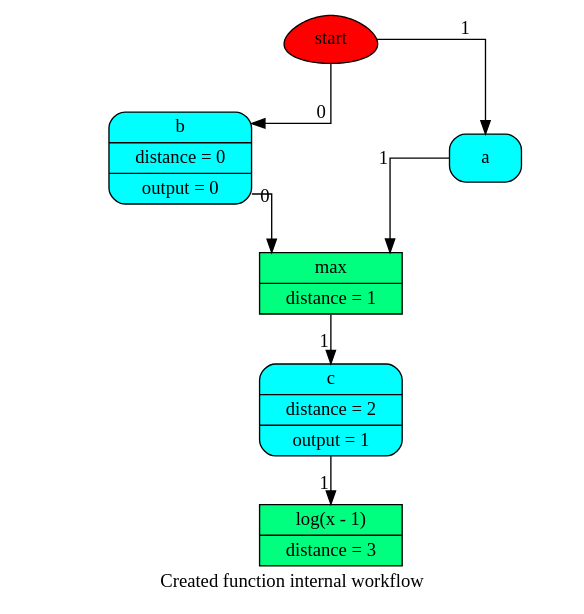
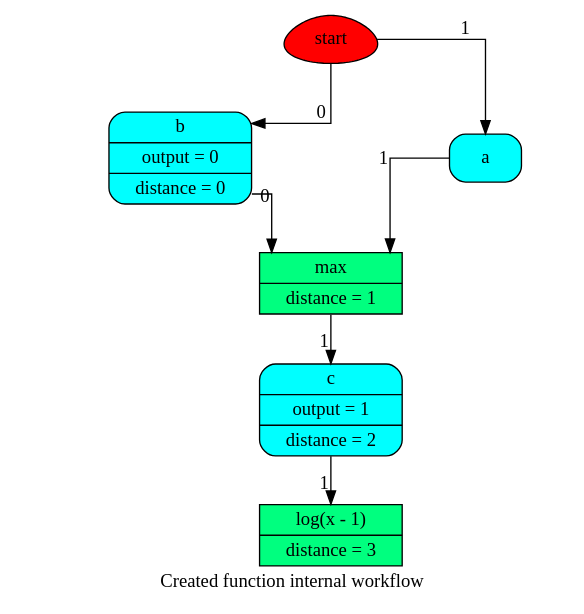
One commit to vinci1it2000/schedula changed the diagram in doc/source/dispatcher/utils/dsp/SubDispatchFunction_wf2.dot. Above: the diagram before and after it, drawn with Graphviz. The commit also changed 23 other files, not shown here.

```diff
--- a/doc/source/dispatcher/utils/dsp/SubDispatchFunction_wf2.dot
+++ b/doc/source/dispatcher/utils/dsp/SubDispatchFunction_wf2.dot
@@ -1,18 +1,18 @@
 digraph "Created function internal" {
 	graph [ratio=1]
 	node [style=filled]
 	splines = ortho
 	label = "Created function internal workflow"
-		"Created function internal_4373643456" [label=start fillcolor=red shape=egg]
-		"Created function internal_8642698689935103924" [label="{ c | distance = 2 | output = 1 }" fillcolor=cyan shape=Mrecord]
-		"Created function internal_2662523110159922325" [label="{ max | distance = 1 }" fillcolor=springgreen shape=record]
-		"Created function internal_4091537378154039687" [label="{ b | distance = 0 | output = 0 }" fillcolor=cyan shape=Mrecord]
-		"Created function internal_86944050218403370" [label="{ log(x - 1) | distance = 3 }" fillcolor=springgreen shape=record]
-		"Created function internal_-1841214044933314468" [label="{ a  }" fillcolor=cyan shape=Mrecord]
-			"Created function internal_4373643456" -> "Created function internal_-1841214044933314468" [xlabel=1]
-			"Created function internal_4373643456" -> "Created function internal_4091537378154039687" [xlabel=0]
-			"Created function internal_8642698689935103924" -> "Created function internal_86944050218403370" [xlabel=1]
-			"Created function internal_2662523110159922325" -> "Created function internal_8642698689935103924" [xlabel=1]
-			"Created function internal_4091537378154039687" -> "Created function internal_2662523110159922325" [xlabel=0]
-			"Created function internal_-1841214044933314468" -> "Created function internal_2662523110159922325" [xlabel=1]
+		"Created function internal_4372648248" [label=start fillcolor=red shape=egg]
+		"Created function internal_-5332545450788294608" [label="{ max | distance = 1 }" fillcolor=springgreen shape=record]
+		"Created function internal_-8069443800989944208" [label="{ c | output = 1 | distance = 2 }" fillcolor=cyan shape=Mrecord]
+		"Created function internal_-4868960230063457645" [label="{ b | output = 0 | distance = 0 }" fillcolor=cyan shape=Mrecord]
+		"Created function internal_-6154672520566587020" [label="{ a  }" fillcolor=cyan shape=Mrecord]
+		"Created function internal_2746156493996831173" [label="{ log(x - 1) | distance = 3 }" fillcolor=springgreen shape=record]
+			"Created function internal_-5332545450788294608" -> "Created function internal_-8069443800989944208" [xlabel=1]
+			"Created function internal_-8069443800989944208" -> "Created function internal_2746156493996831173" [xlabel=1]
+			"Created function internal_-4868960230063457645" -> "Created function internal_-5332545450788294608" [xlabel=0]
+			"Created function internal_-6154672520566587020" -> "Created function internal_-5332545450788294608" [xlabel=1]
+			"Created function internal_4372648248" -> "Created function internal_-4868960230063457645" [xlabel=0]
+			"Created function internal_4372648248" -> "Created function internal_-6154672520566587020" [xlabel=1]
 }
```
